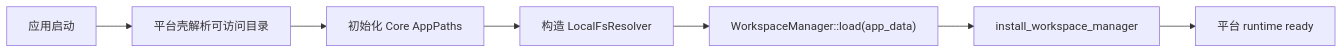
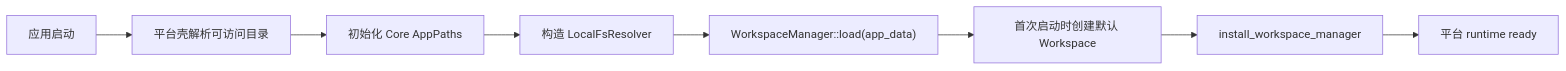
One commit to luoluoqixi/lonanote changed the second of 3 diagrams in docs/dev/rust_workspace_architecture.md. Above: the diagram before and after it, drawn with Mermaid. The commit also changed other lines of this file and 6 other files, not shown here.

````diff
--- a/docs/dev/rust_workspace_architecture.md
+++ b/docs/dev/rust_workspace_architecture.md
@@ -112,9 +112,10 @@
 ```mermaid
 flowchart LR
     Startup["应用启动"] --> Platform["平台壳解析可访问目录"]
     Platform --> Paths["初始化 Core AppPaths"]
     Paths --> Resolver["构造 LocalFsResolver"]
     Resolver --> Load["WorkspaceManager::load(app_data)"]
-    Load --> Install["install_workspace_manager"]
+    Load --> Bootstrap["首次启动时创建默认 Workspace"]
+    Bootstrap --> Install["install_workspace_manager"]
     Install --> Ready["平台 runtime ready"]
 ```
````
